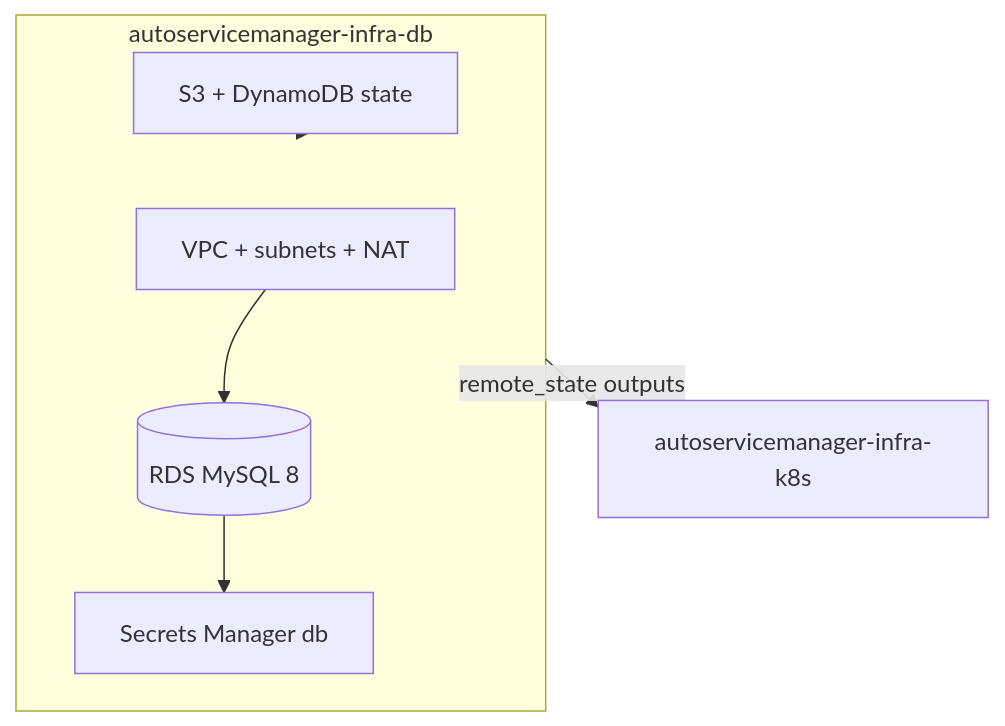
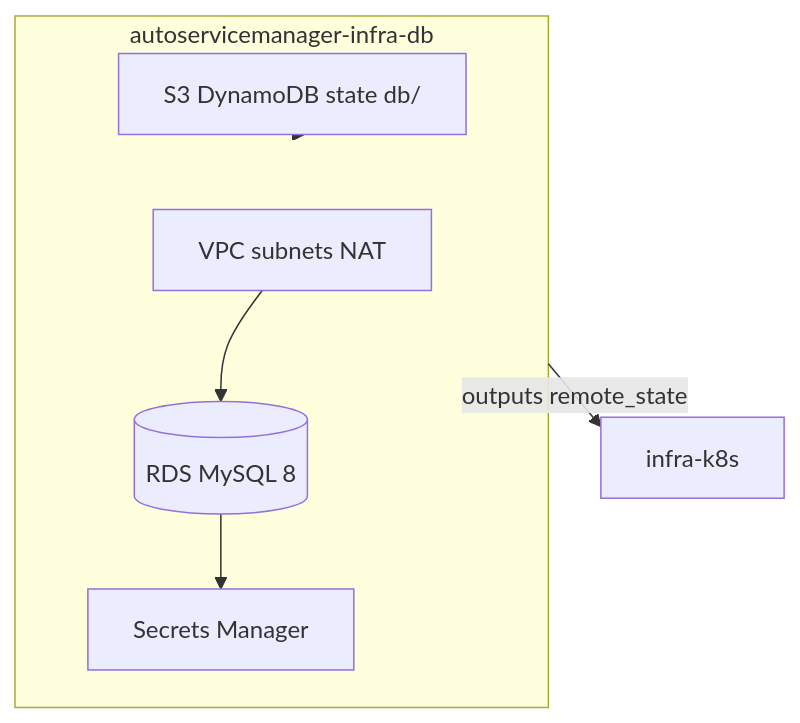
The diagram in README.md (dinhogt/autoservicemanager-infra-db), drawn with Mermaid before and after one commit. The commit also changed other lines of this file, not shown here.

````diff
--- a/README.md
+++ b/README.md
@@ -11,13 +15,13 @@
 ```mermaid
 flowchart TB
   subgraph dbRepo [autoservicemanager-infra-db]
-    VPC[VPC + subnets + NAT]
+    VPC[VPC subnets NAT]
     RDS[(RDS MySQL 8)]
-    SM[Secrets Manager db]
-    State[S3 + DynamoDB state]
+    SM[Secrets Manager]
+    State[S3 DynamoDB state db/]
   end
   VPC --> RDS
   RDS --> SM
   State -.-> dbRepo
-  dbRepo -->|remote_state outputs| K8s[autoservicemanager-infra-k8s]
+  dbRepo -->|outputs remote_state| K8s[infra-k8s]
 ```
````
